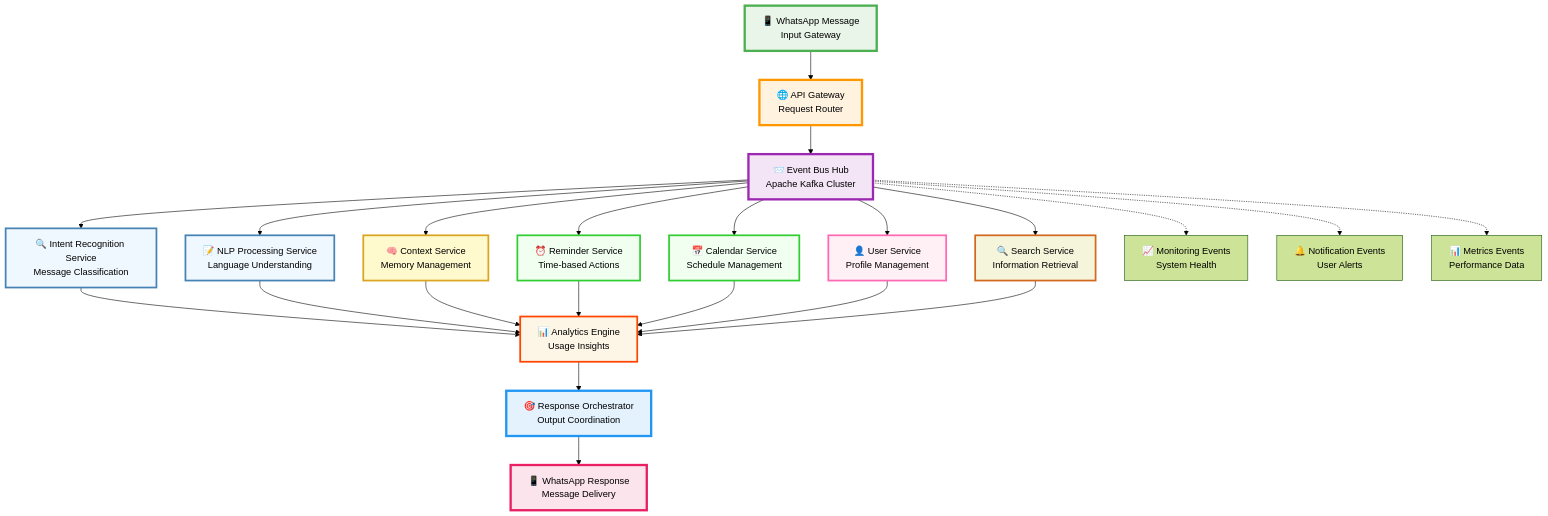
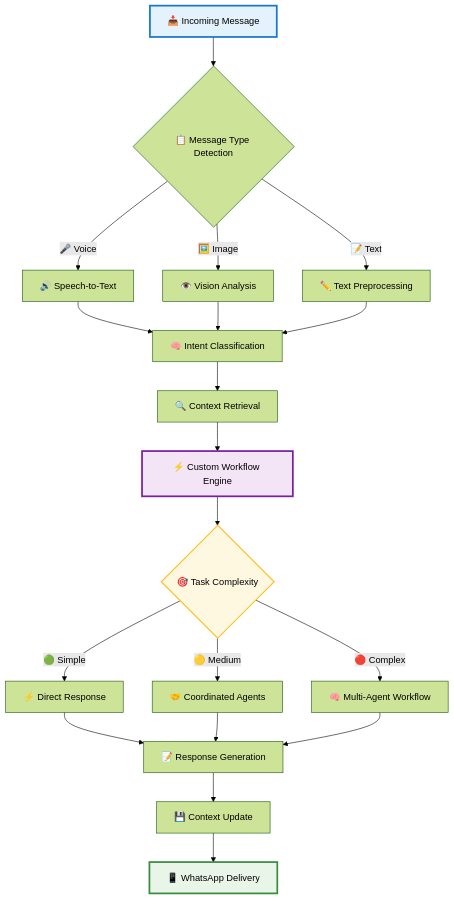
Before and after one commit to KaifAhmad1/memorae: the third of 4 diagrams in README.md, drawn with Mermaid (forest theme). The commit also changed other lines of this file, not shown here.

````diff
--- a/README.md
+++ b/README.md
@@ -189,47 +140,34 @@
 ```mermaid
 flowchart TD
-    A["📱 WhatsApp Message<br/>Input Gateway"] --> B["🌐 API Gateway<br/>Request Router"]
-    
-    B --> C["📨 Event Bus Hub<br/>Apache Kafka Cluster"]
-    
-    C --> D["🔍 Intent Recognition Service<br/>Message Classification"]
-    C --> E["📝 NLP Processing Service<br/>Language Understanding"]
-    C --> F["🧠 Context Service<br/>Memory Management"]
-    C --> G["⏰ Reminder Service<br/>Time-based Actions"]
-    C --> H["📅 Calendar Service<br/>Schedule Management"]
-    C --> I["👤 User Service<br/>Profile Management"]
-    C --> J["🔍 Search Service<br/>Information Retrieval"]
-    
-    D --> K["📊 Analytics Engine<br/>Usage Insights"]
-    E --> K
-    F --> K
-    G --> K
-    H --> K
-    I --> K
-    J --> K
-    
-    K --> L["🎯 Response Orchestrator<br/>Output Coordination"]
-    L --> M["📱 WhatsApp Response<br/>Message Delivery"]
-    
-    %% Event flows
-    C -.-> N["📈 Monitoring Events<br/>System Health"]
-    C -.-> O["🔔 Notification Events<br/>User Alerts"]
-    C -.-> P["📊 Metrics Events<br/>Performance Data"]
-    
-    %% Enhanced styling
-    style A fill:#e8f5e8,stroke:#4caf50,stroke-width:4px,color:#000
-    style B fill:#fff3e0,stroke:#ff9800,stroke-width:4px,color:#000
-    style C fill:#f3e5f5,stroke:#9c27b0,stroke-width:4px,color:#000
-    style L fill:#e3f2fd,stroke:#2196f3,stroke-width:4px,color:#000
-    style M fill:#fce4ec,stroke:#e91e63,stroke-width:4px,color:#000
-    
-    %% Service styling
-    style D fill:#f0f8ff,stroke:#4682b4,stroke-width:3px,color:#000
-    style E fill:#f0f8ff,stroke:#4682b4,stroke-width:3px,color:#000
-    style F fill:#fffacd,stroke:#daa520,stroke-width:3px,color:#000
-    style G fill:#f0fff0,stroke:#32cd32,stroke-width:3px,color:#000
-    style H fill:#f0fff0,stroke:#32cd32,stroke-width:3px,color:#000
-    style I fill:#fff0f5,stroke:#ff69b4,stroke-width:3px,color:#000
-    style J fill:#f5f5dc,stroke:#d2691e,stroke-width:3px,color:#000
-    style K fill:#fdf5e6,stroke:#ff4500,stroke-width:3px,color:#000
+    A[📥 Incoming Message] --> B{📋 Message Type Detection}
+
+    B -->|🎤 Voice| C[🔊 Speech-to-Text]
+    B -->|🖼️ Image| D[👁️ Vision Analysis]
+    B -->|📝 Text| E[✏️ Text Preprocessing]
+
+    C --> F[🧠 Intent Classification]
+    D --> F
+    E --> F
+
+    F --> G[🔍 Context Retrieval]
+    G --> H[⚡ Custom Workflow Engine]
+
+    H --> I{🎯 Task Complexity}
+
+    I -->|🟢 Simple| J[⚡ Direct Response]
+    I -->|🟡 Medium| K[🤝 Coordinated Agents]
+    I -->|🔴 Complex| L[🧠 Multi-Agent Workflow]
+
+    J --> M[📝 Response Generation]
+    K --> M
+    L --> M
+
+    M --> N[💾 Context Update]
+    N --> O[📱 WhatsApp Delivery]
+
+    %% Styling
+    style A fill:#e3f2fd,stroke:#1976d2,stroke-width:3px
+    style H fill:#f3e5f5,stroke:#7b1fa2,stroke-width:3px
+    style I fill:#fff8e1,stroke:#fbc02d,stroke-width:2px
+    style O fill:#e8f5e8,stroke:#388e3c,stroke-width:3px
 ```
````
